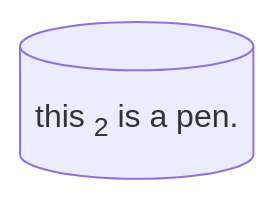
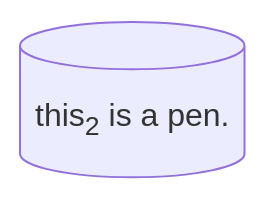
One commit to yamato97/science changed the diagram in grand_canonical.md. Above: the diagram before and after it, drawn with Mermaid.

````diff
--- a/grand_canonical.md
+++ b/grand_canonical.md
@@ -9,4 +9,4 @@
 ```mermaid
 graph LR
-NodeIdName[("this <sub>2</sub> is a pen.")]
+NodeIdName[("this<sub>2</sub> is a pen.")]
 ```
````
